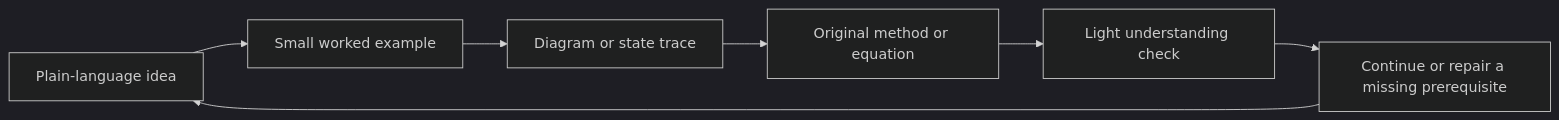
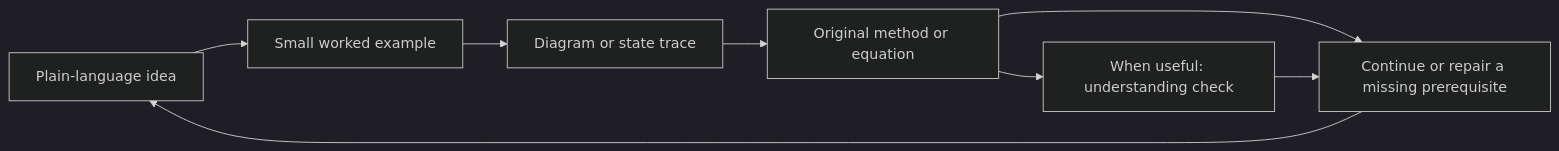
Before and after one commit to research-zhaoluoqing/paper-visual-coach: the diagram in README.md, drawn with Mermaid (dark theme). The commit also changed other lines of this file and 6 other files, not shown here.

````diff
--- a/README.md
+++ b/README.md
@@ -12,9 +30,10 @@
 ```mermaid
 flowchart LR
   A[Plain-language idea] --> B[Small worked example]
   B --> C[Diagram or state trace]
   C --> D[Original method or equation]
-  D --> E[Light understanding check]
+  D --> E[When useful: understanding check]
+  D --> F[Continue or repair a missing prerequisite]
   E --> F[Continue or repair a missing prerequisite]
   F --> A
 ```
````
